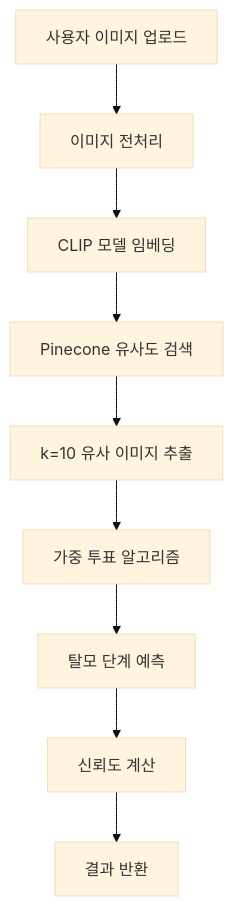
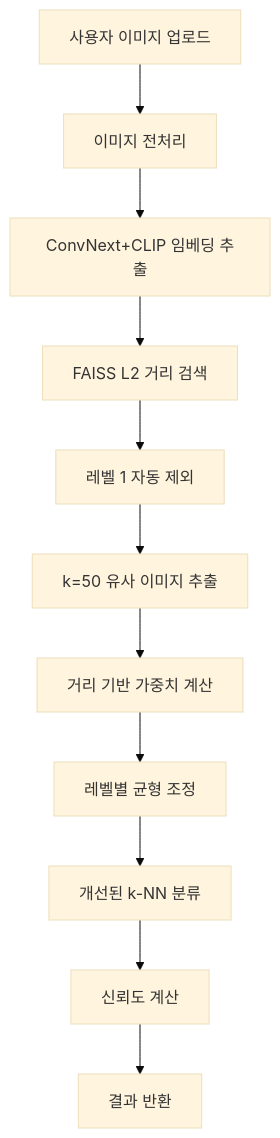
Before and after one commit to TeamDND/MOZARA: the diagram in backend/hair_classification/hair_loss_rag_analyzer_v0/README.md, drawn with Mermaid (base theme). The commit also changed other lines of this file and 45 other files, not shown here.

````diff
--- a/backend/hair_classification/hair_loss_rag_analyzer_v0/README.md
+++ b/backend/hair_classification/hair_loss_rag_analyzer_v0/README.md
@@ -124,11 +122,13 @@
 ```mermaid
 graph TD
     A[사용자 이미지 업로드] --> B[이미지 전처리]
-    B --> C[CLIP 모델 임베딩]
-    C --> D[Pinecone 유사도 검색]
-    D --> E[k=10 유사 이미지 추출]
-    E --> F[가중 투표 알고리즘]
-    F --> G[탈모 단계 예측]
-    G --> H[신뢰도 계산]
-    H --> I[결과 반환]
+    B --> C[ConvNext+CLIP 임베딩 추출]
+    C --> D[FAISS L2 거리 검색]
+    D --> E[레벨 1 자동 제외]
+    E --> F[k=50 유사 이미지 추출]
+    F --> G[거리 기반 가중치 계산]
+    G --> H[레벨별 균형 조정]
+    H --> I[개선된 k-NN 분류]
+    I --> J[신뢰도 계산]
+    J --> K[결과 반환]
 ```
````
